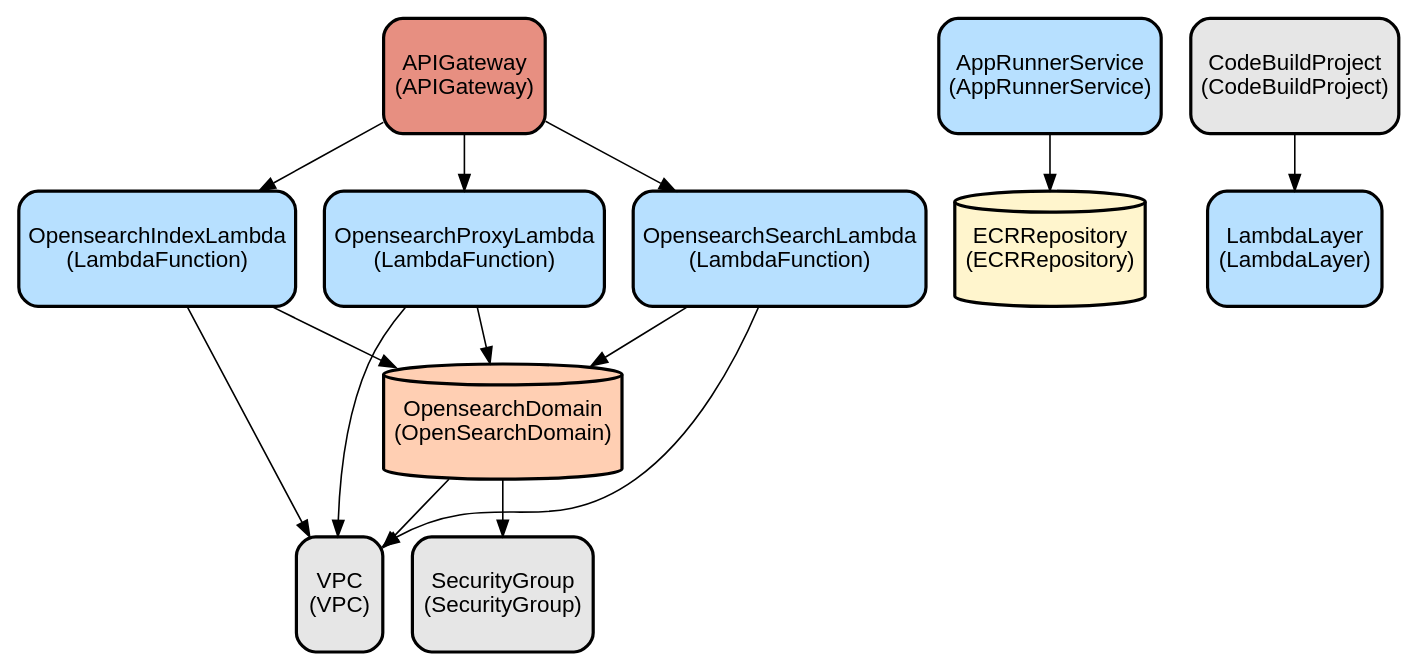
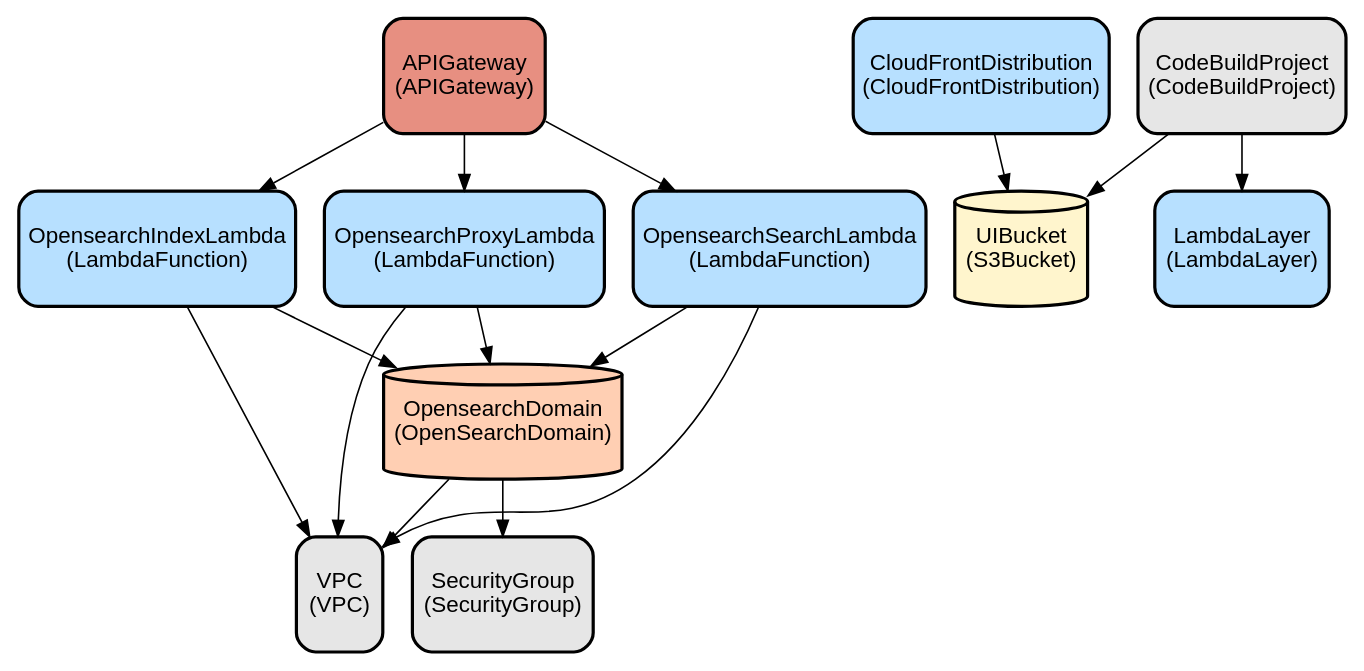
Before and after one commit to aws-samples/sample-for-amazon-opensearch-service-tutorials-101: the diagram in docs/infra.dot, drawn with Graphviz. The commit also changed 13 other files, not shown here.

First line of the commit message:
Replace App Runner UI hosting with S3 + CloudFront

```diff
--- a/docs/infra.dot
+++ b/docs/infra.dot
@@ -1,38 +1,39 @@
 digraph INFRA {
   node [ color = "black", fillcolor = "#E6E6E6", height =1, style = "filled,bold,rounded", fontname = "Arial" ];
   "OpensearchDomain" [ label = "OpensearchDomain
 (OpenSearchDomain)", shape =cylinder, fillcolor = "#FFCFB3" ];
   "VPC" [ label = "VPC
 (VPC)", shape =rectangle ];
   "SecurityGroup" [ label = "SecurityGroup
 (SecurityGroup)", shape =rectangle ];
   "OpensearchProxyLambda" [ label = "OpensearchProxyLambda
 (LambdaFunction)", shape =rectangle, fillcolor = "#B7E0FF" ];
   "OpensearchIndexLambda" [ label = "OpensearchIndexLambda
 (LambdaFunction)", shape =rectangle, fillcolor = "#B7E0FF" ];
   "OpensearchSearchLambda" [ label = "OpensearchSearchLambda
 (LambdaFunction)", shape =rectangle, fillcolor = "#B7E0FF" ];
   "APIGateway" [ label = "APIGateway
 (APIGateway)", shape =rectangle, fillcolor = "#E78F81" ];
-  "AppRunnerService" [ label = "AppRunnerService
-(AppRunnerService)", shape =rectangle, fillcolor = "#B7E0FF" ];
-  "ECRRepository" [ label = "ECRRepository
-(ECRRepository)", shape =cylinder, fillcolor = "#FFF5CD" ];
+  "CloudFrontDistribution" [ label = "CloudFrontDistribution
+(CloudFrontDistribution)", shape =rectangle, fillcolor = "#B7E0FF" ];
+  "UIBucket" [ label = "UIBucket
+(S3Bucket)", shape =cylinder, fillcolor = "#FFF5CD" ];
   "LambdaLayer" [ label = "LambdaLayer
 (LambdaLayer)", shape =rectangle, fillcolor = "#B7E0FF" ];
   "CodeBuildProject" [ label = "CodeBuildProject
 (CodeBuildProject)", shape =rectangle ];
   "OpensearchDomain" -> "VPC";
   "OpensearchDomain" -> "SecurityGroup";
   "OpensearchProxyLambda" -> "VPC";
   "OpensearchProxyLambda" -> "OpensearchDomain";
   "OpensearchIndexLambda" -> "VPC";
   "OpensearchIndexLambda" -> "OpensearchDomain";
   "OpensearchSearchLambda" -> "VPC";
   "OpensearchSearchLambda" -> "OpensearchDomain";
   "APIGateway" -> "OpensearchProxyLambda";
   "APIGateway" -> "OpensearchIndexLambda";
   "APIGateway" -> "OpensearchSearchLambda";
-  "AppRunnerService" -> "ECRRepository";
+  "CloudFrontDistribution" -> "UIBucket";
+  "CodeBuildProject" -> "UIBucket";
   "CodeBuildProject" -> "LambdaLayer";
 }
```
